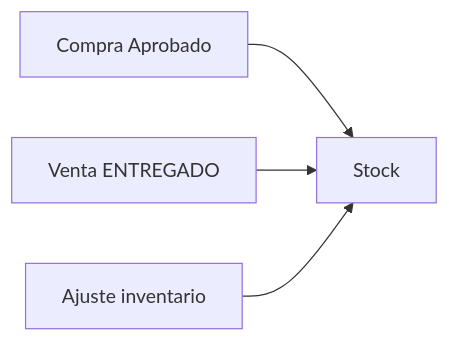
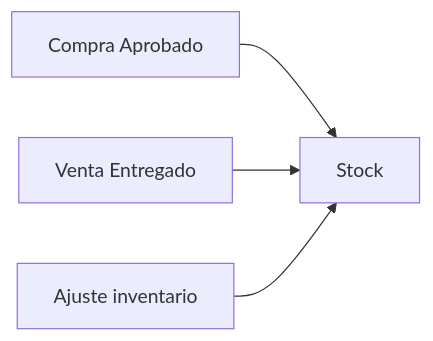
One commit to Zink-in-Tech/ZiT-ERP_DocsPublica_FE changed the diagram in docs/inventario/inventario.md. Above: the diagram before and after it, drawn with Mermaid. The commit also changed other lines of this file and 44 other files, not shown here.

````diff
--- a/docs/inventario/inventario.md
+++ b/docs/inventario/inventario.md
@@ -48,6 +45,6 @@
 ```mermaid
 flowchart LR
   Co[Compra Aprobado] --> St[Stock]
-  V[Venta ENTREGADO] --> St
+  V[Venta Entregado] --> St
   Inv[Ajuste inventario] --> St
 ```
````
